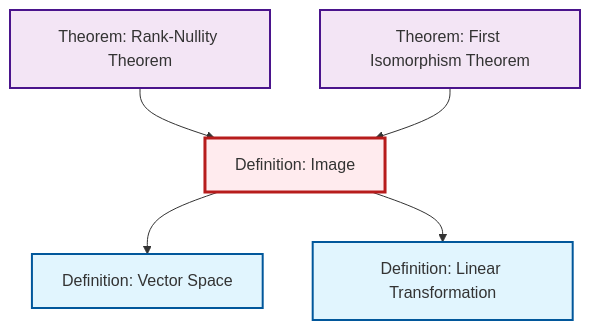
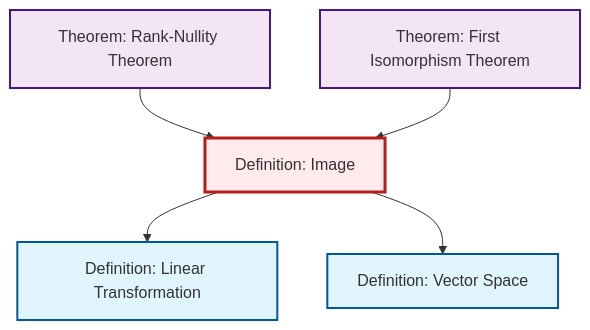
One commit to RK0429/ModernMath changed the diagram in content/en/algebra/def-image.qmd. Above: the diagram before and after it, drawn with Mermaid. The commit also changed other lines of this file and 581 other files, not shown here.

````diff
--- a/content/en/algebra/def-image.qmd
+++ b/content/en/algebra/def-image.qmd
@@ -51,23 +51,23 @@
 ```{mermaid}
 %%| fig-cap: "Local dependency graph"
 graph TD
     classDef definition fill:#e1f5fe,stroke:#01579b,stroke-width:2px
     classDef theorem fill:#f3e5f5,stroke:#4a148c,stroke-width:2px
     classDef axiom fill:#fff3e0,stroke:#e65100,stroke-width:2px
     classDef example fill:#e8f5e9,stroke:#1b5e20,stroke-width:2px
     classDef current fill:#ffebee,stroke:#b71c1c,stroke-width:3px
     def-vector-space["Definition: Vector Space"]:::definition
+    def-image["Definition: Image"]:::definition
     thm-rank-nullity["Theorem: Rank-Nullity Theorem"]:::theorem
-    def-image["Definition: Image"]:::definition
     def-linear-transformation["Definition: Linear Transformation"]:::definition
     thm-first-isomorphism["Theorem: First Isomorphism Theorem"]:::theorem
+    def-image --> def-linear-transformation
+    thm-rank-nullity --> def-image
     def-image --> def-vector-space
-    thm-rank-nullity --> def-image
-    def-image --> def-linear-transformation
     thm-first-isomorphism --> def-image
     class def-image current
     click def-vector-space "def-vector-space.html" "Go to Vector Space definition"
     click thm-rank-nullity "thm-rank-nullity.html" "Go to Rank-Nullity Theorem theorem"
     click def-linear-transformation "def-linear-transformation.html" "Go to Linear Transformation definition"
     click thm-first-isomorphism "thm-first-isomorphism.html" "Go to First Isomorphism Theorem theorem"
 ```
````
